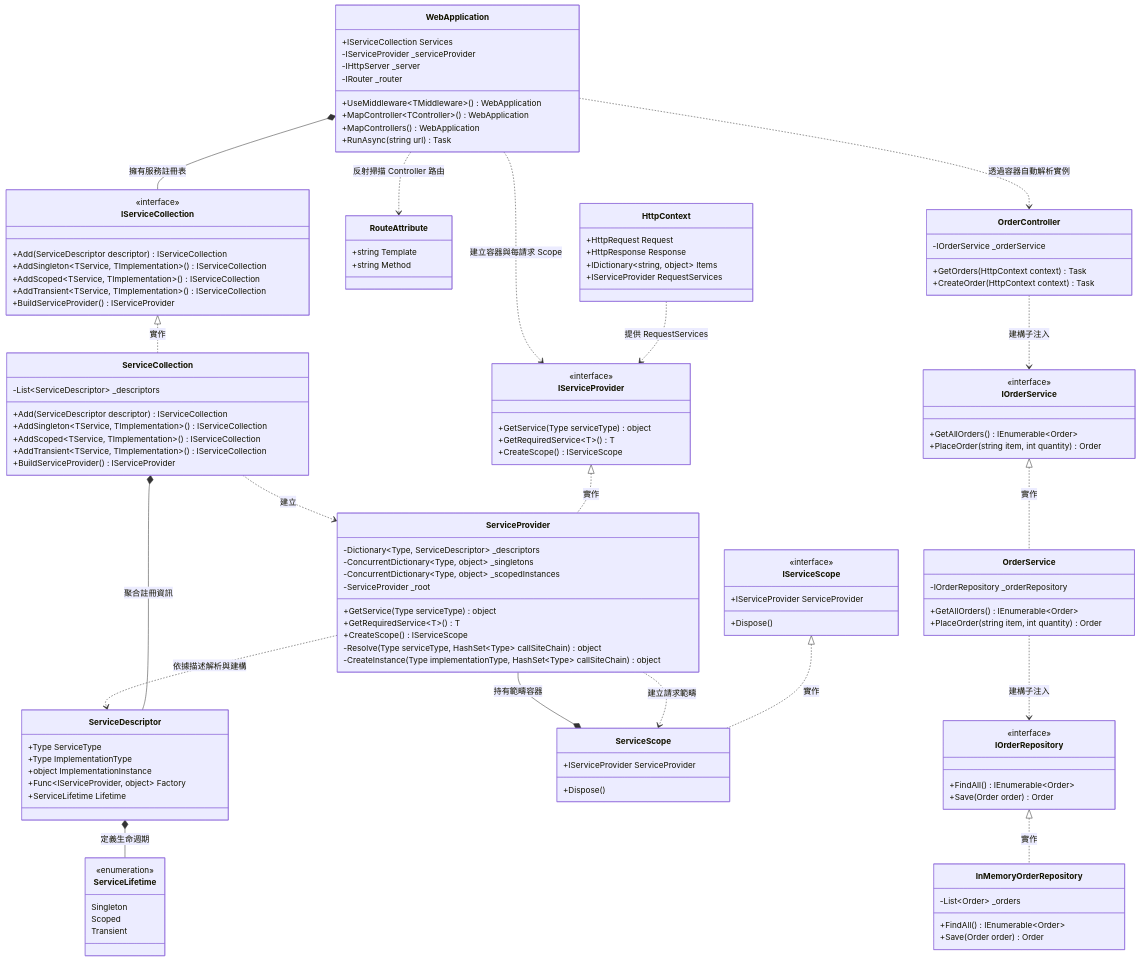
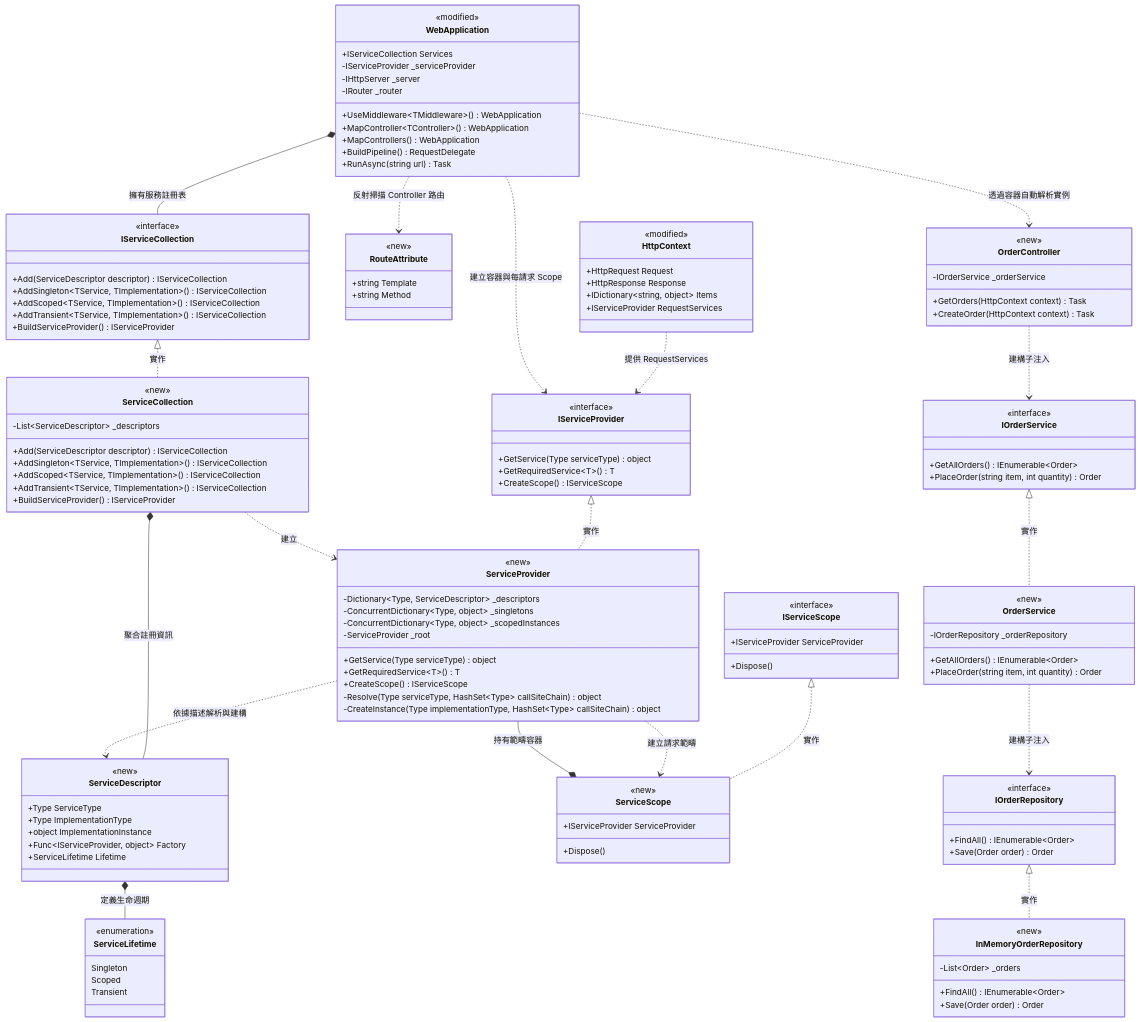
Before and after one commit to chienchien6/waterball: the diagram in specs/plan/02-ioc-container/class-diagram-proposal.md, drawn with Mermaid. The commit also changed other lines of this file and 7 other files, not shown here.

Commit message:
skill新增UML圖可以一眼看出CRUD的操作

```diff
--- a/specs/plan/02-ioc-container/class-diagram-proposal.md
+++ b/specs/plan/02-ioc-container/class-diagram-proposal.md
@@ -4,11 +4,13 @@
 classDiagram
     class ServiceLifetime {
         <<enumeration>>
+        <<new>>
         Singleton
         Scoped
         Transient
     }
     class ServiceDescriptor {
+        <<new>>
         +Type ServiceType
         +Type ImplementationType
         +object ImplementationInstance
@@ -17,6 +19,7 @@
     }
     class IServiceCollection {
         <<interface>>
+        <<new>>
         +Add(ServiceDescriptor descriptor) IServiceCollection
         +AddSingleton~TService, TImplementation~() IServiceCollection
         +AddScoped~TService, TImplementation~() IServiceCollection
@@ -24,6 +27,7 @@
         +BuildServiceProvider() IServiceProvider
     }
     class ServiceCollection {
+        <<new>>
         -List~ServiceDescriptor~ _descriptors
         +Add(ServiceDescriptor descriptor) IServiceCollection
         +AddSingleton~TService, TImplementation~() IServiceCollection
@@ -33,16 +37,19 @@
     }
     class IServiceProvider {
         <<interface>>
+        <<new>>
         +GetService(Type serviceType) object
         +GetRequiredService~T~() T
         +CreateScope() IServiceScope
     }
     class IServiceScope {
         <<interface>>
+        <<new>>
         +IServiceProvider ServiceProvider
         +Dispose()
     }
     class ServiceProvider {
+        <<new>>
         -Dictionary~Type, ServiceDescriptor~ _descriptors
         -ConcurrentDictionary~Type, object~ _singletons
         -ConcurrentDictionary~Type, object~ _scopedInstances
@@ -54,20 +61,24 @@
         -CreateInstance(Type implementationType, HashSet~Type~ callSiteChain) object
     }
     class ServiceScope {
+        <<new>>
         +IServiceProvider ServiceProvider
         +Dispose()
     }
     class RouteAttribute {
+        <<new>>
         +string Template
         +string Method
     }
     class HttpContext {
+        <<modified>>
         +HttpRequest Request
         +HttpResponse Response
         +IDictionary~string, object~ Items
         +IServiceProvider RequestServices
     }
     class WebApplication {
+        <<modified>>
         +IServiceCollection Services
         -IServiceProvider _serviceProvider
         -IHttpServer _server
@@ -75,29 +86,35 @@
         +UseMiddleware~TMiddleware~() WebApplication
         +MapController~TController~() WebApplication
         +MapControllers() WebApplication
+        +BuildPipeline() RequestDelegate
         +RunAsync(string url) Task
     }
     class OrderController {
+        <<new>>
         -IOrderService _orderService
         +GetOrders(HttpContext context) Task
         +CreateOrder(HttpContext context) Task
     }
     class IOrderService {
         <<interface>>
+        <<new>>
         +GetAllOrders() IEnumerable~Order~
         +PlaceOrder(string item, int quantity) Order
     }
     class OrderService {
+        <<new>>
         -IOrderRepository _orderRepository
         +GetAllOrders() IEnumerable~Order~
         +PlaceOrder(string item, int quantity) Order
     }
     class IOrderRepository {
         <<interface>>
+        <<new>>
         +FindAll() IEnumerable~Order~
         +Save(Order order) Order
     }
     class InMemoryOrderRepository {
+        <<new>>
         -List~Order~ _orders
         +FindAll() IEnumerable~Order~
         +Save(Order order) Order
```
